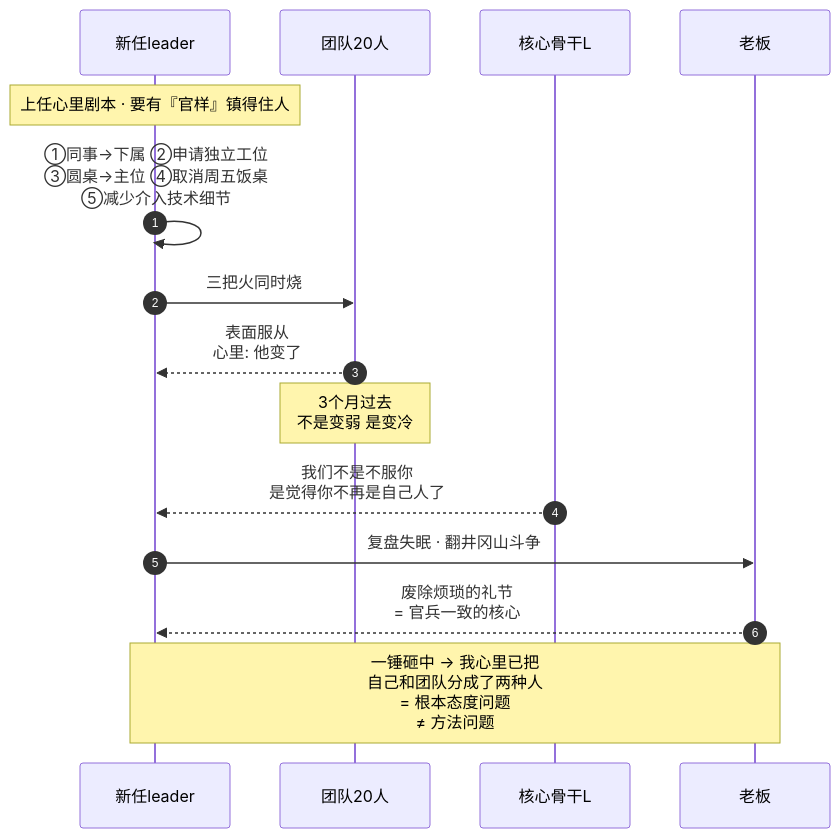
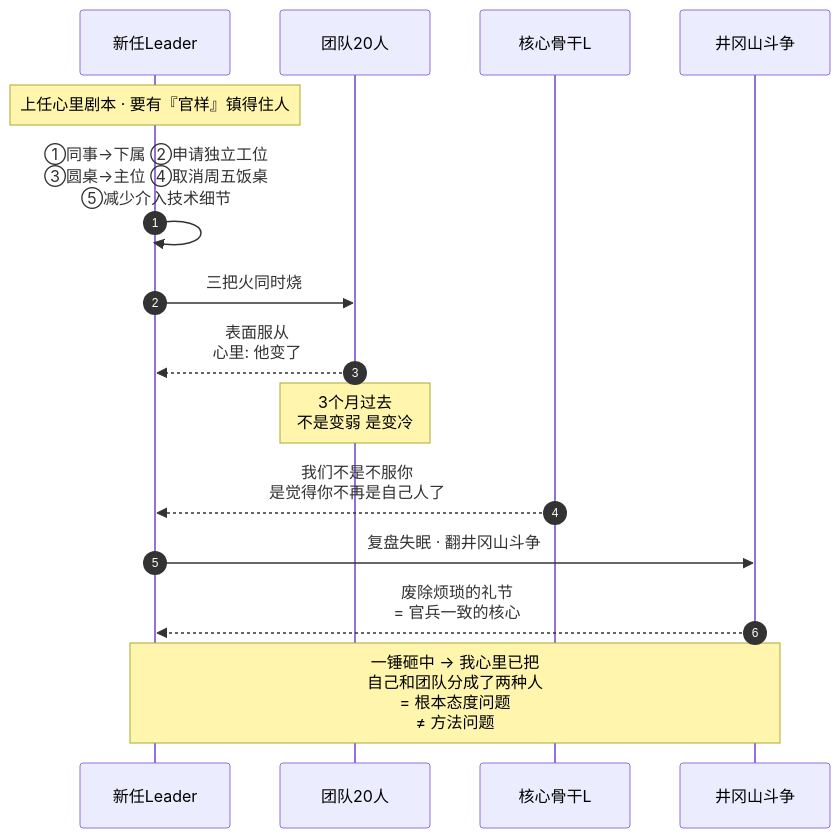
The first of 11 diagrams in packages/website/13.书籍/01.毛选实战心法/41.官兵一致的平等.md (chongyang211/YCBookBlog), drawn with Mermaid before and after one commit. The commit also changed other lines of this file and 10 other files, not shown here.

````diff
--- a/packages/website/13.书籍/01.毛选实战心法/41.官兵一致的平等.md
+++ b/packages/website/13.书籍/01.毛选实战心法/41.官兵一致的平等.md
@@ -49,22 +50,22 @@
 ```mermaid
 sequenceDiagram
     autonumber
-    participant Me as 新任leader
+    participant Me as 新任Leader
     participant Team as 团队20人
     participant L as 核心骨干L
-    participant Boss as 老板
+    participant Book as 井冈山斗争
 
     Note over Me: 上任心里剧本 · 要有『官样』镇得住人
     Me->>Me: ①同事→下属 ②申请独立工位<br/>③圆桌→主位 ④取消周五饭桌<br/>⑤减少介入技术细节
 
     Me->>Team: 三把火同时烧
     Team-->>Me: 表面服从<br/>心里: 他变了
 
     Note over Team: 3个月过去<br/>不是变弱 是变冷
     L-->>Me: 我们不是不服你<br/>是觉得你不再是自己人了
 
-    Me->>Boss: 复盘失眠 · 翻井冈山斗争
-    Boss-->>Me: 废除烦琐的礼节<br/>= 官兵一致的核心
+    Me->>Book: 复盘失眠 · 翻井冈山斗争
+    Book-->>Me: 废除烦琐的礼节<br/>= 官兵一致的核心
 
-    Note over Me,Boss: 一锤砸中 → 我心里已把<br/>自己和团队分成了两种人<br/>= 根本态度问题<br/>≠ 方法问题
+    Note over Me,Book: 一锤砸中 → 我心里已把<br/>自己和团队分成了两种人<br/>= 根本态度问题<br/>≠ 方法问题
 ```
````
